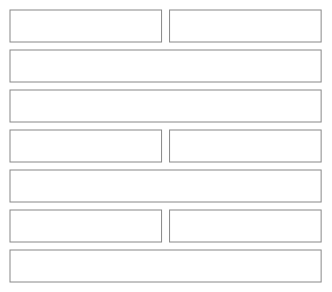
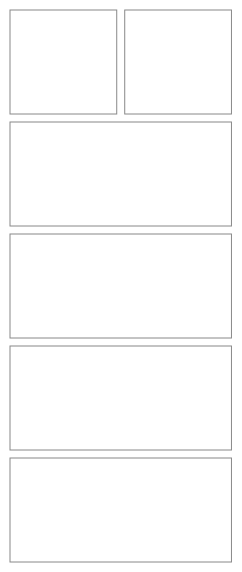
Before and after one commit to NovaMoonX/moondreams-dev-apps: the tenth of 31 diagrams in src/apps/pinch/UX.md, drawn with Mermaid. The commit also changed other lines of this file and 206 other files, not shown here.

````diff
--- a/src/apps/pinch/UX.md
+++ b/src/apps/pinch/UX.md
@@ -303,25 +346,17 @@
 ```mermaid
 %%{init: {'theme': 'base', 'themeVariables': {'primaryColor': 'transparent', 'primaryBorderColor': '#888888', 'primaryTextColor': '#333333', 'lineColor': '#888888'}}}%%
 block-beta
   columns 2
   R1["Recipes"]:1
   R2["+ New"]:1
-  R3["[ Recipes ]   Meals"]:2
+  R3["[ Recipes ]   Meals   👁"]:2
   R4["🔍 Search (from 8 recipes)"]:2
-  R5["🖼️ Adobo chicken"]:1
-  R6["$3.20 / serving"]:1
-  R7["4 servings · 45 min · 520 cal (when on)"]:2
-  R8["🖼️ Cilantro lime rice"]:1
-  R9["$1.35 / serving"]:1
-  R10["4 servings · 25 min"]:2
+  R5["🖼️ Adobo chicken<br/>4 servings · 45 min<br/>$3.20 / serving<br/>🔥 520 · 💪 38g (when on)"]:2
+  R6["🖼️ Cilantro lime rice<br/>4 servings · 25 min<br/>$1.35 / serving · leaves out 1"]:2
   style R1 fill:transparent,stroke:#888888,stroke-width:1px;
   style R2 fill:transparent,stroke:#888888,stroke-width:1px;
   style R3 fill:transparent,stroke:#888888,stroke-width:1px;
   style R4 fill:transparent,stroke:#888888,stroke-width:1px;
   style R5 fill:transparent,stroke:#888888,stroke-width:1px;
   style R6 fill:transparent,stroke:#888888,stroke-width:1px;
-  style R7 fill:transparent,stroke:#888888,stroke-width:1px;
-  style R8 fill:transparent,stroke:#888888,stroke-width:1px;
-  style R9 fill:transparent,stroke:#888888,stroke-width:1px;
-  style R10 fill:transparent,stroke:#888888,stroke-width:1px;
 ```
````
